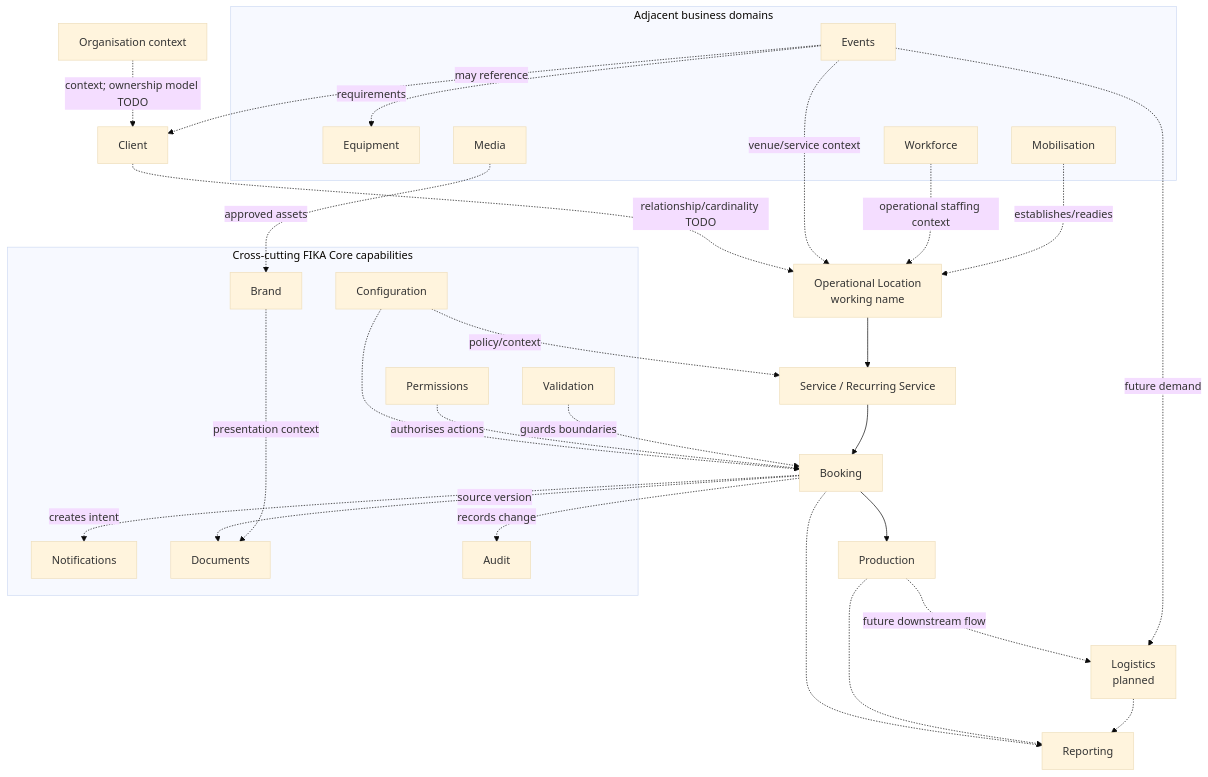
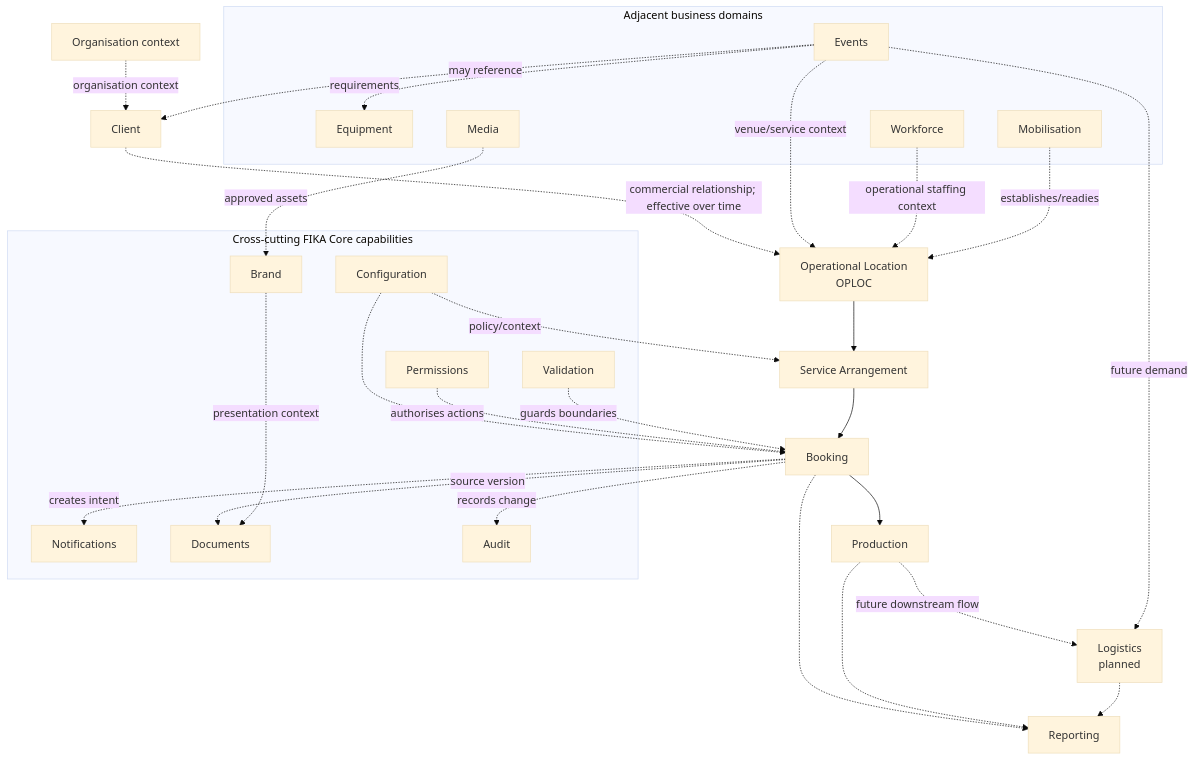
Before and after one commit to derekfika/fika-os: the first of 2 diagrams in docs/platform-domain-map.md, drawn with Mermaid (base theme). The commit also changed other lines of this file and 39 other files, not shown here.

````diff
--- a/docs/platform-domain-map.md
+++ b/docs/platform-domain-map.md
@@ -62,55 +62,55 @@
 ```mermaid
 flowchart TB
   ORG["Organisation context"]
   CLIENT["Client"]
-  LOC["Operational Location\nworking name"]
-  SERVICE["Service / Recurring Service"]
+  LOC["Operational Location\nOPLOC"]
+  SERVICE["Service Arrangement"]
   BOOKING["Booking"]
   PROD["Production"]
   LOG["Logistics\nplanned"]
   REPORT["Reporting"]
 
-  ORG -. "context; ownership model TODO" .-> CLIENT
-  CLIENT -. "relationship/cardinality TODO" .-> LOC
+  ORG -. "organisation context" .-> CLIENT
+  CLIENT -. "commercial relationship; effective over time" .-> LOC
   LOC --> SERVICE
   SERVICE --> BOOKING
   BOOKING --> PROD
   PROD -. "future downstream flow" .-> LOG
   BOOKING -.-> REPORT
   PROD -.-> REPORT
   LOG -.-> REPORT
 
   subgraph CROSS["Cross-cutting FIKA Core capabilities"]
     BRAND["Brand"]
     CONFIG["Configuration"]
     PERM["Permissions"]
     VALID["Validation"]
     NOTIFY["Notifications"]
     DOCS["Documents"]
     AUDIT["Audit"]
   end
 
   subgraph ADJ["Adjacent business domains"]
     EVENTS["Events"]
     EQUIP["Equipment"]
     MEDIA["Media"]
     WORK["Workforce"]
     MOB["Mobilisation"]
   end
 
   CONFIG -. "policy/context" .-> SERVICE
   CONFIG -.-> BOOKING
   PERM -. "authorises actions" .-> BOOKING
   VALID -. "guards boundaries" .-> BOOKING
   BOOKING -. "creates intent" .-> NOTIFY
   BOOKING -. "source version" .-> DOCS
   BOOKING -. "records change" .-> AUDIT
   BRAND -. "presentation context" .-> DOCS
   MEDIA -. "approved assets" .-> BRAND
   EVENTS -. "may reference" .-> CLIENT
   EVENTS -. "venue/service context" .-> LOC
   EVENTS -. "requirements" .-> EQUIP
   EVENTS -. "future demand" .-> LOG
   WORK -. "operational staffing context" .-> LOC
   MOB -. "establishes/readies" .-> LOC
 ```
````
